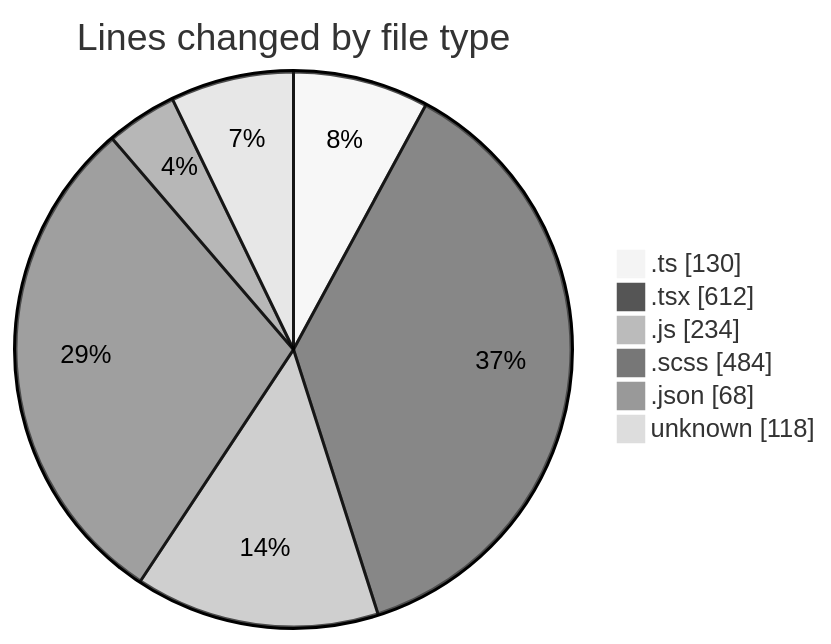
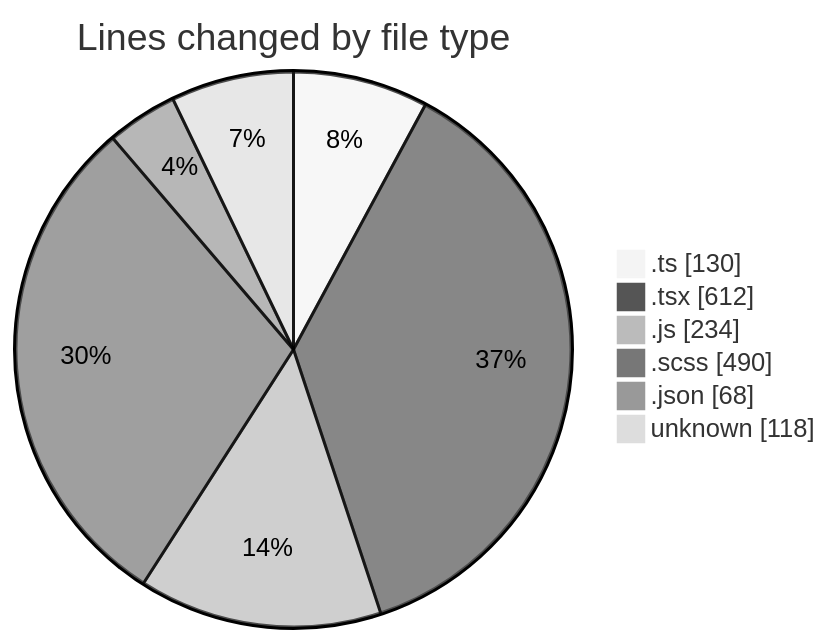
The first of 2 diagrams in 2026-05-08/cda/README.md (momahboobian/code-tracking), drawn with Mermaid (neutral theme) before and after one commit. The commit also changed other lines of this file and 1 other file, not shown here.

````diff
--- a/2026-05-08/cda/README.md
+++ b/2026-05-08/cda/README.md
@@ -38,10 +38,10 @@
 ```mermaid
 pie showData
 title Lines changed by file type
 ".ts" : 130
 ".tsx" : 612
 ".js" : 234
-".scss" : 484
+".scss" : 490
 ".json" : 68
 "unknown" : 118
 ```
````
